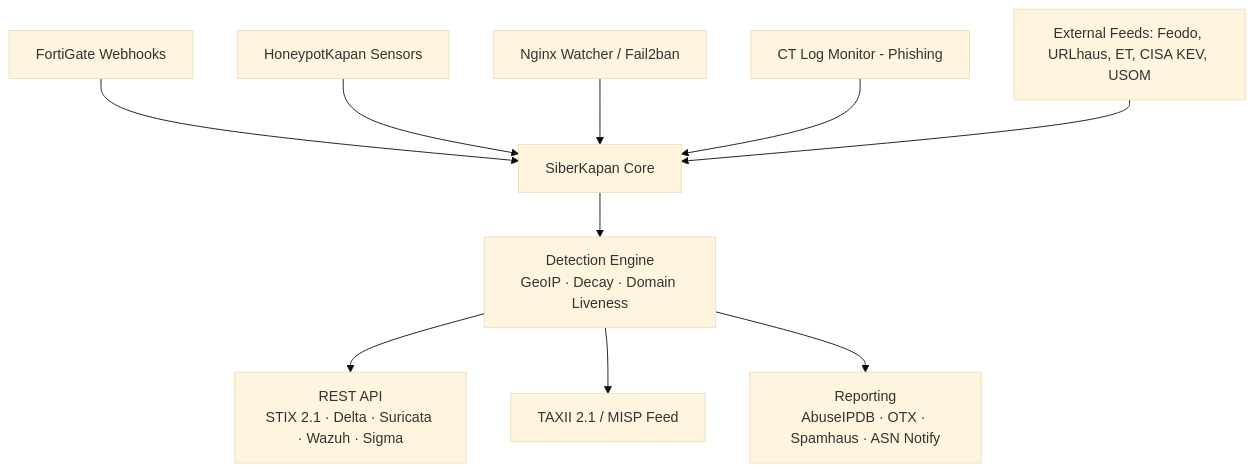
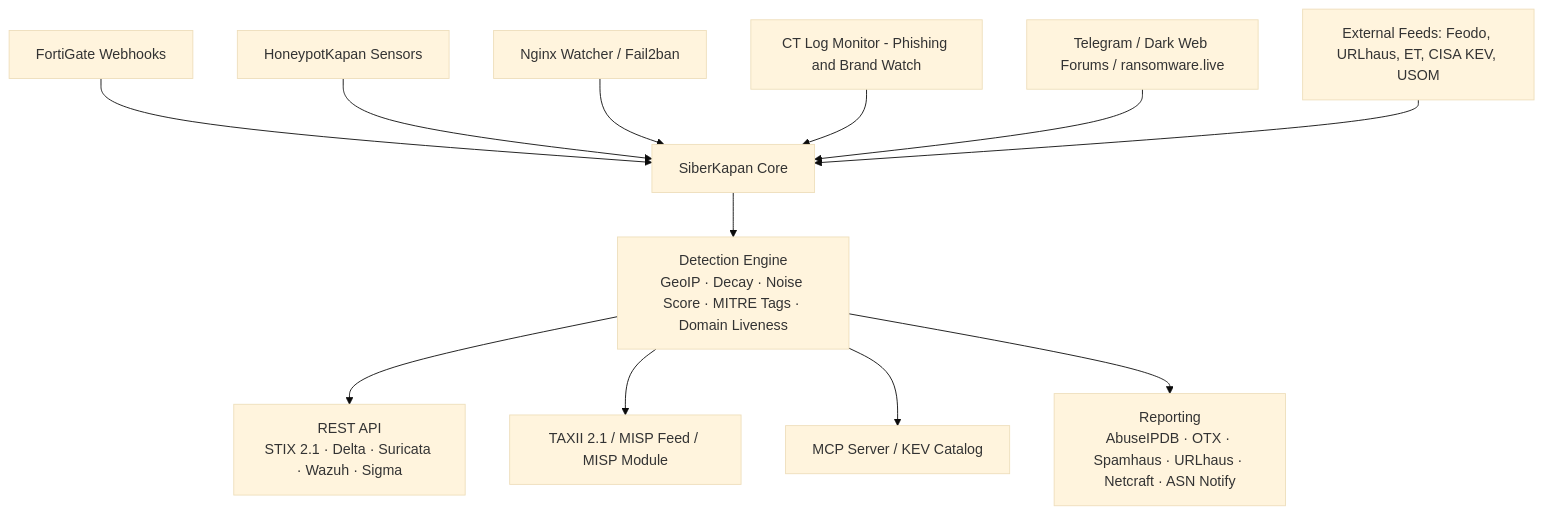
The diagram in README.md (OktayAlver/siberkapan), drawn with Mermaid (base theme) before and after one commit. The commit also changed other lines of this file, not shown here.

````diff
--- a/README.md
+++ b/README.md
@@ -70,14 +108,16 @@
 ```mermaid
 graph TD
     A[FortiGate Webhooks] --> E[SiberKapan Core]
     B[HoneypotKapan Sensors] --> E
     C[Nginx Watcher / Fail2ban] --> E
-    D[CT Log Monitor - Phishing] --> E
+    D[CT Log Monitor - Phishing and Brand Watch] --> E
+    K[Telegram / Dark Web Forums / ransomware.live] --> E
     F[External Feeds: Feodo, URLhaus, ET, CISA KEV, USOM] --> E
 
-    E --> G[Detection Engine<br/>GeoIP · Decay · Domain Liveness]
+    E --> G[Detection Engine<br/>GeoIP · Decay · Noise Score · MITRE Tags · Domain Liveness]
 
     G --> H[REST API<br/>STIX 2.1 · Delta · Suricata · Wazuh · Sigma]
-    G --> I[TAXII 2.1 / MISP Feed]
-    G --> J[Reporting<br/>AbuseIPDB · OTX · Spamhaus · ASN Notify]
+    G --> I[TAXII 2.1 / MISP Feed / MISP Module]
+    G --> L[MCP Server / KEV Catalog]
+    G --> J[Reporting<br/>AbuseIPDB · OTX · Spamhaus · URLhaus · Netcraft · ASN Notify]
 ```
````
